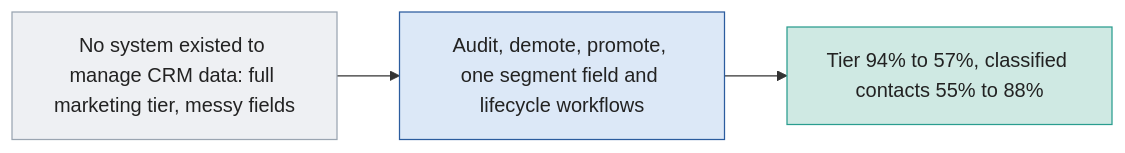
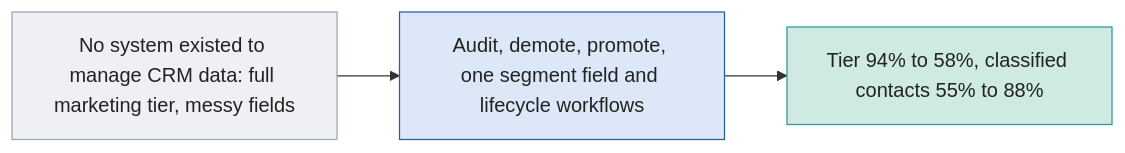
One commit to rbanola1/RevOps-Portfolio changed the diagram in 02-crm-cleanup-and-scoring/README.md. Above: the diagram before and after it, drawn with Mermaid. The commit also changed other lines of this file and 105 other files, not shown here.

````diff
--- a/02-crm-cleanup-and-scoring/README.md
+++ b/02-crm-cleanup-and-scoring/README.md
@@ -8,10 +8,10 @@
 ```mermaid
 flowchart LR
-    A["No system existed to manage CRM data: full marketing tier, messy fields"] --> B["Audit, demote, promote, one segment field and lifecycle workflows"] --> C["Tier 94% to 57%, classified contacts 55% to 88%"]
+    A["No system existed to manage CRM data: full marketing tier, messy fields"] --> B["Audit, demote, promote, one segment field and lifecycle workflows"] --> C["Tier 94% to 58%, classified contacts 55% to 88%"]
     classDef p fill:#EEF0F3,stroke:#9AA5B1,color:#222
     classDef b fill:#DCE8F7,stroke:#2B5C9E,color:#222
     classDef r fill:#CFE9E3,stroke:#2A9D8F,color:#222
     class A p
     class B b
     class C r
 ```
````
